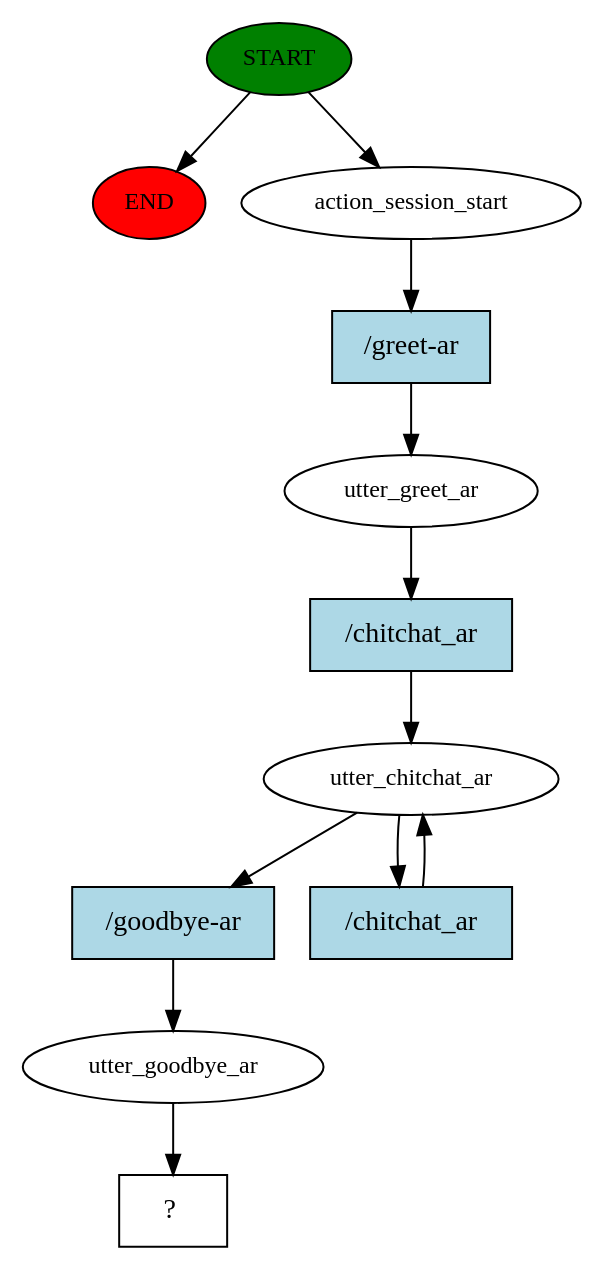
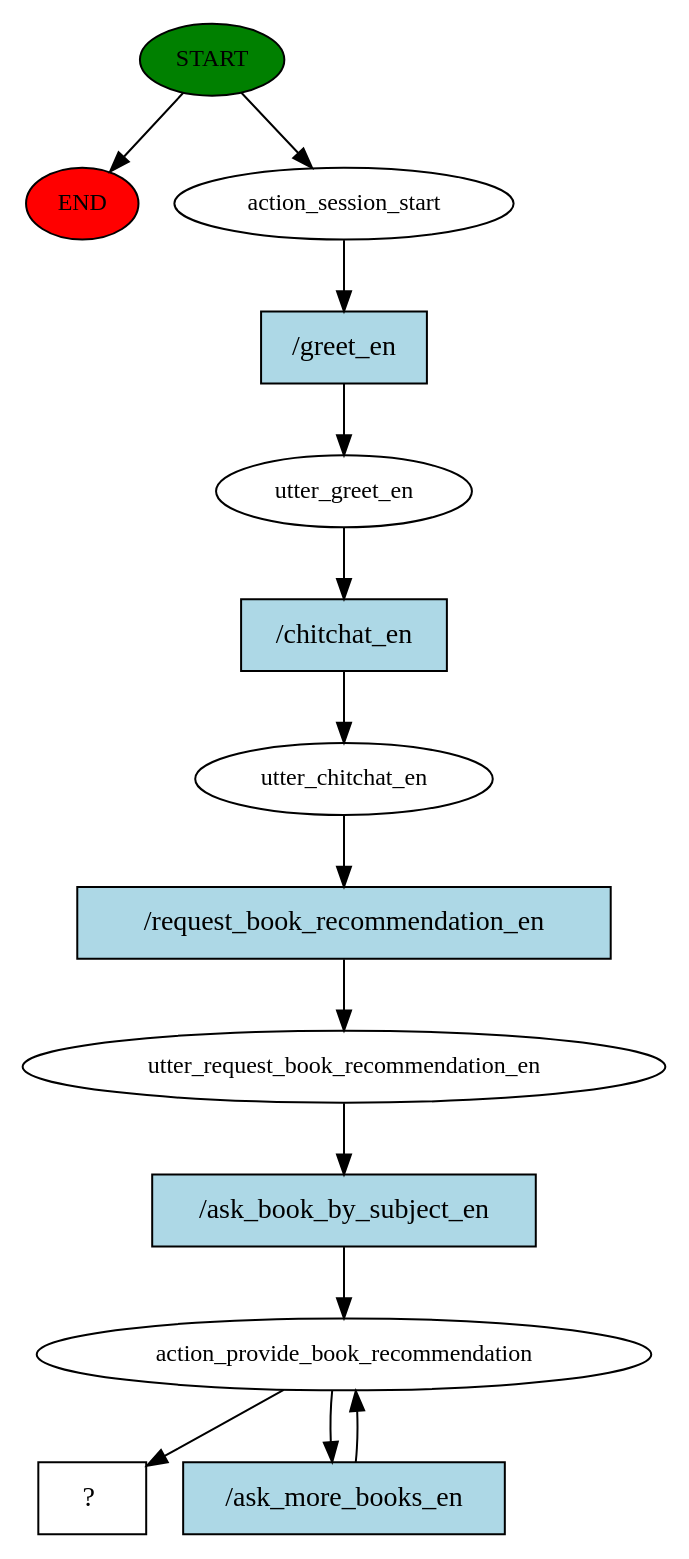
Before and after one commit to BZU-Library-Chatbot/Rasa: the diagram in story_graph.dot, drawn with Graphviz. The commit also changed 9 other files, not shown here.

```diff
--- a/story_graph.dot
+++ b/story_graph.dot
@@ -1,24 +1,28 @@
 digraph  {
 0 [class="start active", fillcolor=green, fontsize=12, label=START, style=filled];
 "-1" [class=end, fillcolor=red, fontsize=12, label=END, style=filled];
 1 [class=active, fontsize=12, label=action_session_start];
-2 [class=active, fontsize=12, label=utter_greet_ar];
-3 [class=active, fontsize=12, label=utter_chitchat_ar];
-5 [class=active, fontsize=12, label=utter_goodbye_ar];
-6 [class="intent dashed active", label="  ?  ", shape=rect];
-7 [class="intent active", fillcolor=lightblue, label="/greet-ar", shape=rect, style=filled];
-8 [class="intent active", fillcolor=lightblue, label="/chitchat_ar", shape=rect, style=filled];
-9 [class="intent active", fillcolor=lightblue, label="/goodbye-ar", shape=rect, style=filled];
-10 [class="intent active", fillcolor=lightblue, label="/chitchat_ar", shape=rect, style=filled];
+2 [class=active, fontsize=12, label=utter_greet_en];
+3 [class=active, fontsize=12, label=utter_chitchat_en];
+4 [class=active, fontsize=12, label=utter_request_book_recommendation_en];
+5 [class=active, fontsize=12, label=action_provide_book_recommendation];
+7 [class="intent dashed active", label="  ?  ", shape=rect];
+8 [class="intent active", fillcolor=lightblue, label="/greet_en", shape=rect, style=filled];
+9 [class="intent active", fillcolor=lightblue, label="/chitchat_en", shape=rect, style=filled];
+10 [class="intent active", fillcolor=lightblue, label="/request_book_recommendation_en", shape=rect, style=filled];
+11 [class="intent active", fillcolor=lightblue, label="/ask_book_by_subject_en", shape=rect, style=filled];
+12 [class="intent active", fillcolor=lightblue, label="/ask_more_books_en", shape=rect, style=filled];
 0 -> "-1"  [class="", key=NONE, label=""];
 0 -> 1  [class=active, key=NONE, label=""];
-1 -> 7  [class=active, key=0];
-2 -> 8  [class=active, key=0];
-3 -> 9  [class=active, key=0];
+1 -> 8  [class=active, key=0];
+2 -> 9  [class=active, key=0];
 3 -> 10  [class=active, key=0];
-5 -> 6  [class=active, key=NONE, label=""];
-7 -> 2  [class=active, key=0];
-8 -> 3  [class=active, key=0];
-9 -> 5  [class=active, key=0];
-10 -> 3  [class=active, key=0];
+4 -> 11  [class=active, key=0];
+5 -> 7  [class=active, key=NONE, label=""];
+5 -> 12  [class=active, key=0];
+8 -> 2  [class=active, key=0];
+9 -> 3  [class=active, key=0];
+10 -> 4  [class=active, key=0];
+11 -> 5  [class=active, key=0];
+12 -> 5  [class=active, key=0];
 }
```
